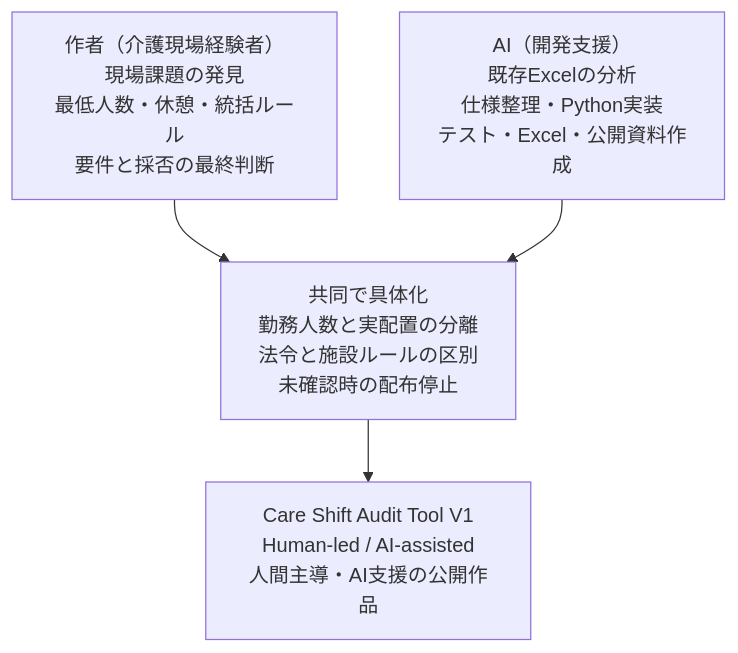
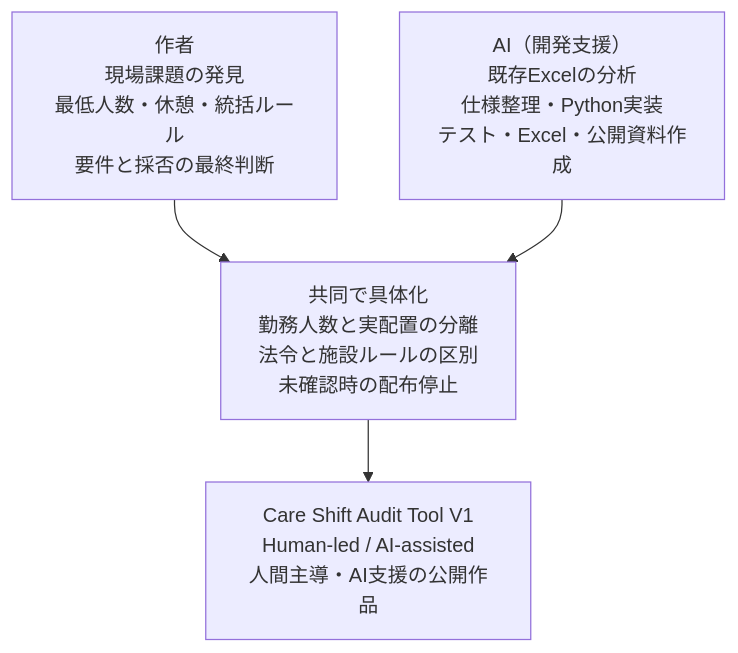
Before and after one commit to ruru105/care-shift-audit-tool: the diagram in README.md, drawn with Mermaid. The commit also changed 1 other file, not shown here.

Commit message:
Use author-only wording in README and CONTRIBUTIONS
Claude-Session: https://claude.ai/code/session_01V12KVWRp2RitAYHdBTkTTC

````diff
--- a/README.md
+++ b/README.md
@@ -85,11 +85,11 @@
 ```mermaid
 flowchart TB
-    H["作者（介護現場経験者）<br/>現場課題の発見<br/>最低人数・休憩・統括ルール<br/>要件と採否の最終判断"]
+    H["作者<br/>現場課題の発見<br/>最低人数・休憩・統括ルール<br/>要件と採否の最終判断"]
     A["AI（開発支援）<br/>既存Excelの分析<br/>仕様整理・Python実装<br/>テスト・Excel・公開資料作成"]
     C["共同で具体化<br/>勤務人数と実配置の分離<br/>法令と施設ルールの区別<br/>未確認時の配布停止"]
     V["Care Shift Audit Tool V1<br/>Human-led / AI-assisted<br/>人間主導・AI支援の公開作品"]
 
     H --> C
     A --> C
     C --> V
 ```
````
